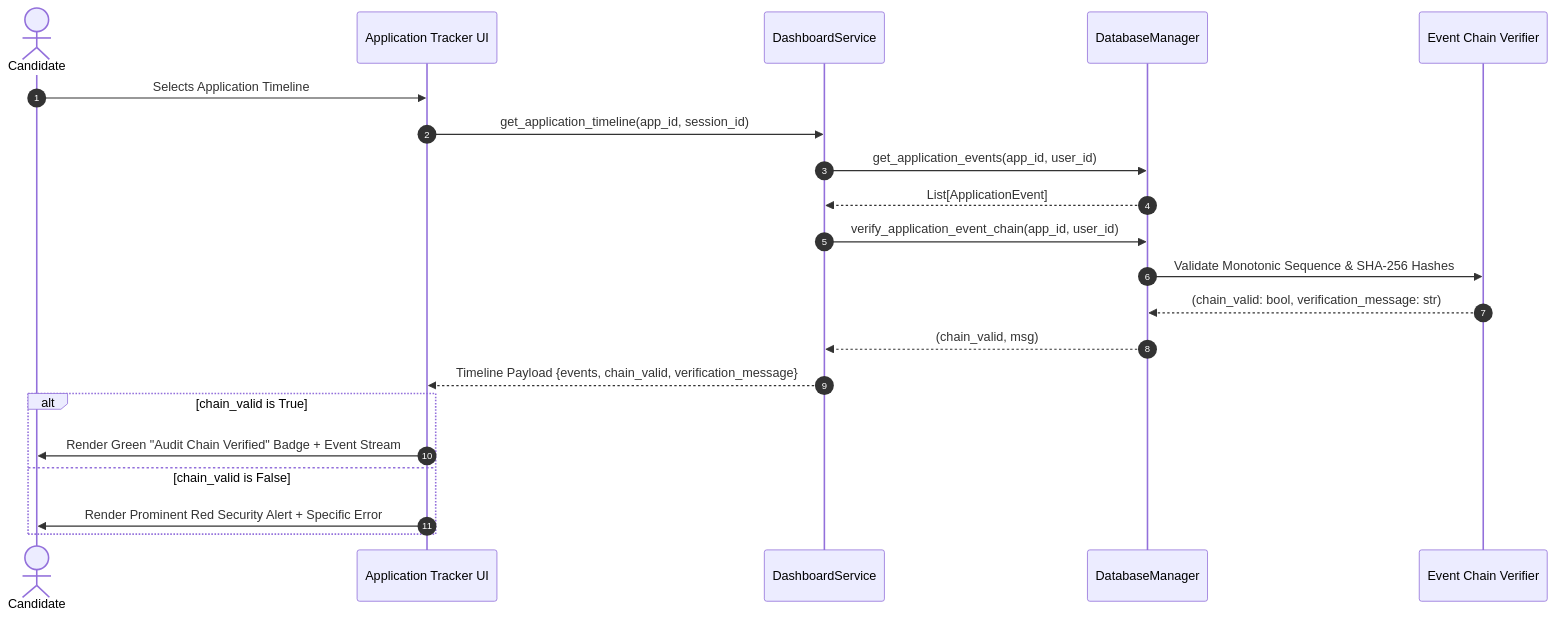
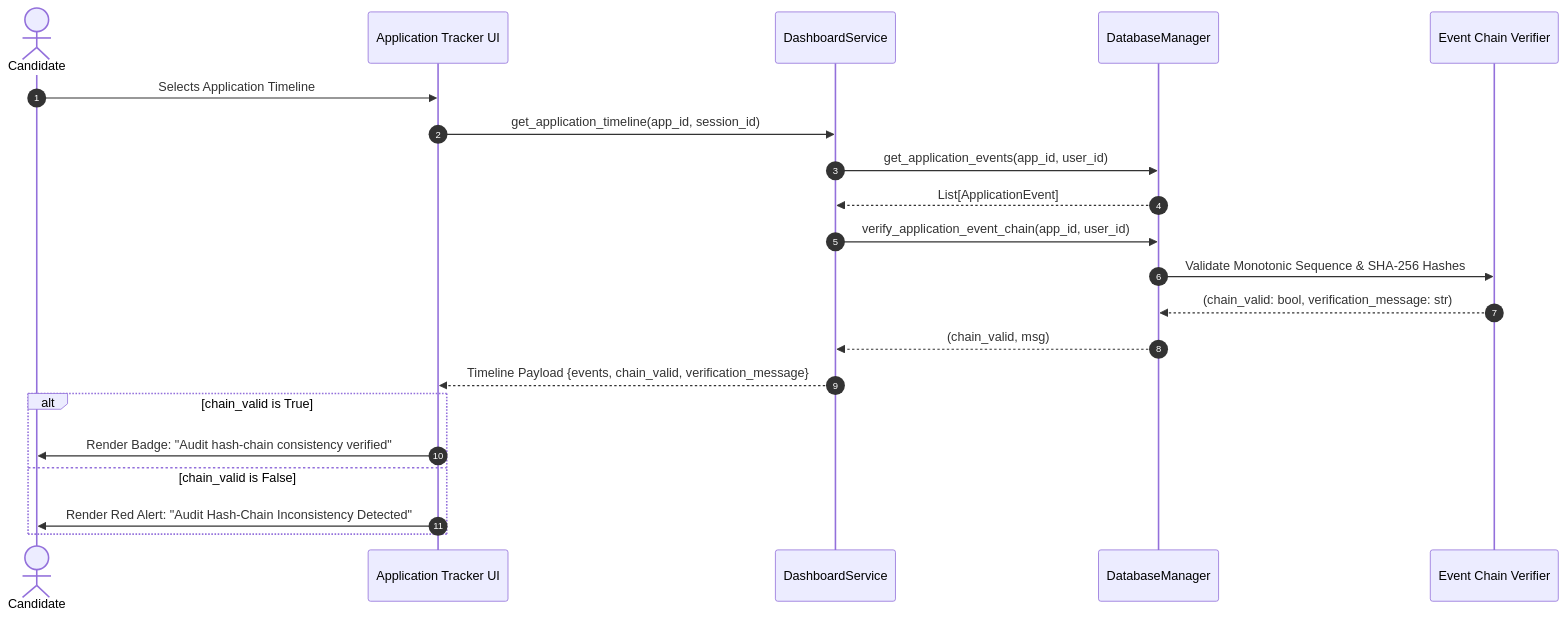
The fourth of 4 diagrams in docs/PHASE_7_3_CANDIDATE_APPLICATION_TRACKER_ARCHITECTURE.md (pranayagrawal2116/AI_Job_Application_Assistant), drawn with Mermaid before and after one commit. The commit also changed other lines of this file and 1 other file, not shown here.

Commit message:
docs: correct candidate tracker architecture audit findings

````diff
--- a/docs/PHASE_7_3_CANDIDATE_APPLICATION_TRACKER_ARCHITECTURE.md
+++ b/docs/PHASE_7_3_CANDIDATE_APPLICATION_TRACKER_ARCHITECTURE.md
@@ -536,24 +411,24 @@
 ```mermaid
 sequenceDiagram
     autonumber
     actor Candidate
     participant UI as Application Tracker UI
     participant Service as DashboardService
     participant DB as DatabaseManager
     participant Chain as Event Chain Verifier
 
     Candidate->>UI: Selects Application Timeline
     UI->>Service: get_application_timeline(app_id, session_id)
     Service->>DB: get_application_events(app_id, user_id)
     DB-->>Service: List[ApplicationEvent]
     Service->>DB: verify_application_event_chain(app_id, user_id)
     DB->>Chain: Validate Monotonic Sequence & SHA-256 Hashes
     Chain-->>DB: (chain_valid: bool, verification_message: str)
     DB-->>Service: (chain_valid, msg)
     Service-->>UI: Timeline Payload {events, chain_valid, verification_message}
     alt chain_valid is True
-        UI->>Candidate: Render Green "Audit Chain Verified" Badge + Event Stream
+        UI->>Candidate: Render Badge: "Audit hash-chain consistency verified"
     else chain_valid is False
-        UI->>Candidate: Render Prominent Red Security Alert + Specific Error
+        UI->>Candidate: Render Red Alert: "Audit Hash-Chain Inconsistency Detected"
     end
 ```
````
